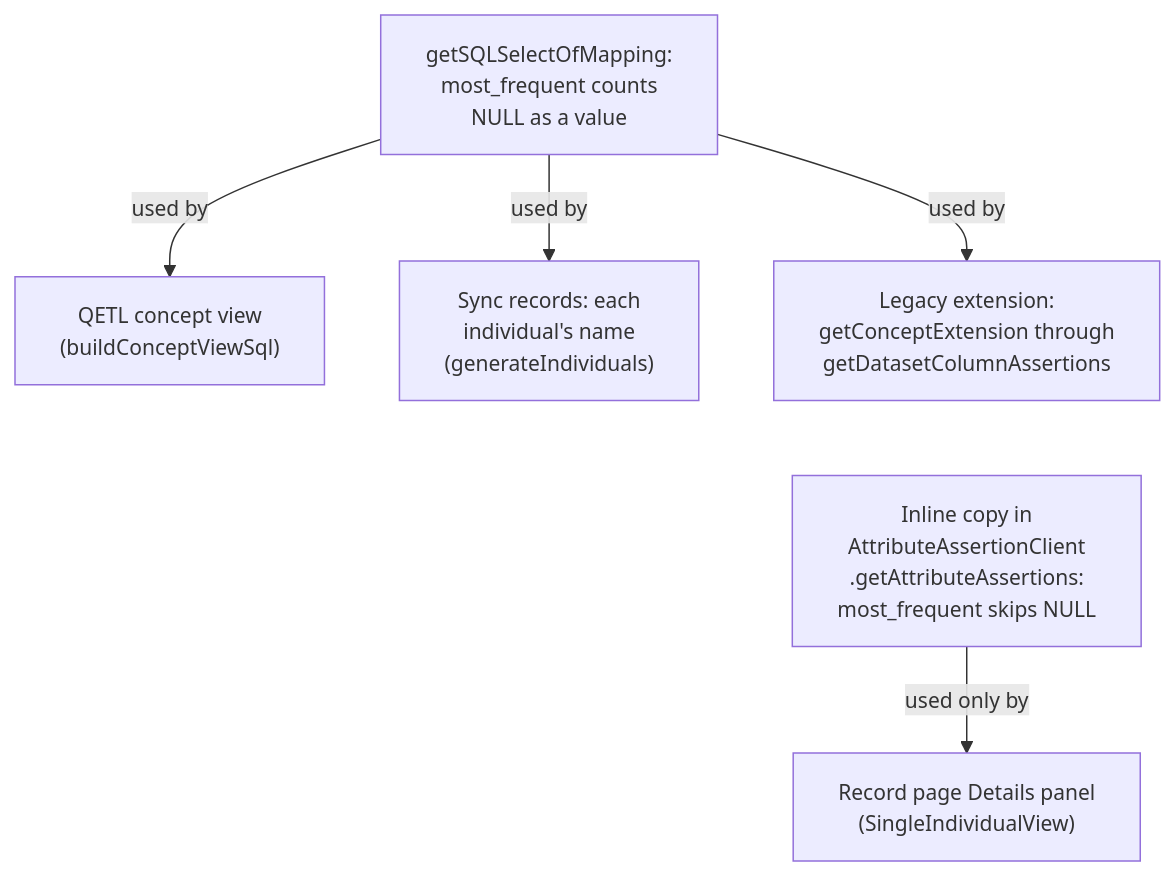
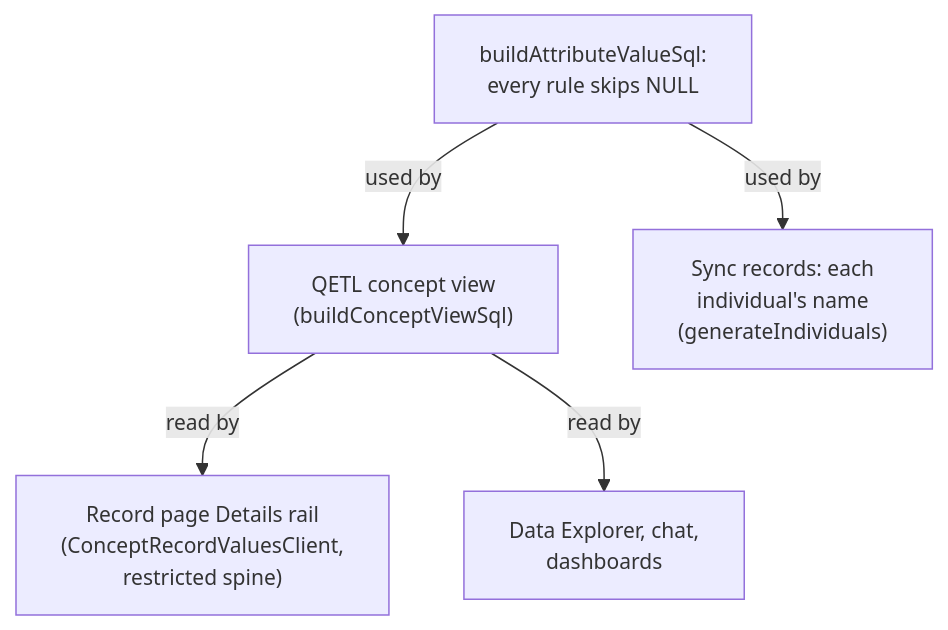
One commit to AvandarLabs/avandar changed the sixth of 10 diagrams in docs/ontology-architecture.md. Above: the diagram before and after it, drawn with Mermaid. The commit also changed other lines of this file and 3 other files, not shown here.

Commit message:
docs(joined-cases): describe one value implementation and the record page's read path

````diff
--- a/docs/ontology-architecture.md
+++ b/docs/ontology-architecture.md
@@ -437,15 +439,13 @@
 ```mermaid
 %%{init: {'themeVariables': {'fontSize': '14px'}}}%%
 flowchart TD
-  S["getSQLSelectOfMapping:<br/>most_frequent counts<br/>NULL as a value"]
+  B["buildAttributeValueSql:<br/>every rule skips NULL"]
   V["QETL concept view<br/>(buildConceptViewSql)"]
   N["Sync records: each<br/>individual's name<br/>(generateIndividuals)"]
-  X["Legacy extension:<br/>getConceptExtension through<br/>getDatasetColumnAssertions"]
-  I["Inline copy in<br/>AttributeAssertionClient<br/>.getAttributeAssertions:<br/>most_frequent skips NULL"]
-  R["Record page Details panel<br/>(SingleIndividualView)"]
-  S -- "used by" --> V
-  S -- "used by" --> N
-  S -- "used by" --> X
-  X ~~~ I
-  I -- "used only by" --> R
+  R["Record page Details rail<br/>(ConceptRecordValuesClient,<br/>restricted spine)"]
+  Q["Data Explorer, chat,<br/>dashboards"]
+  B -- "used by" --> V
+  B -- "used by" --> N
+  V -- "read by" --> R
+  V -- "read by" --> Q
 ```
````
